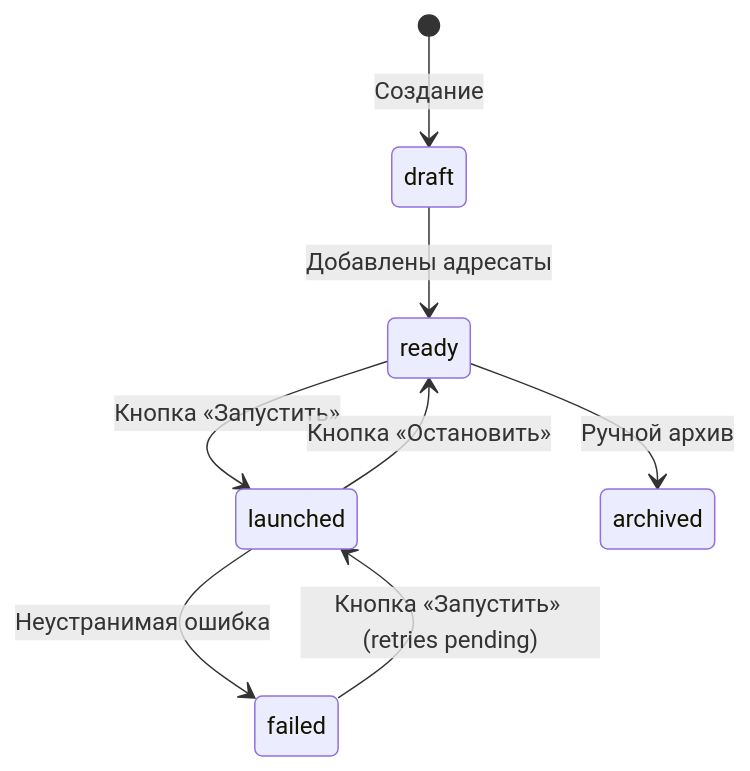
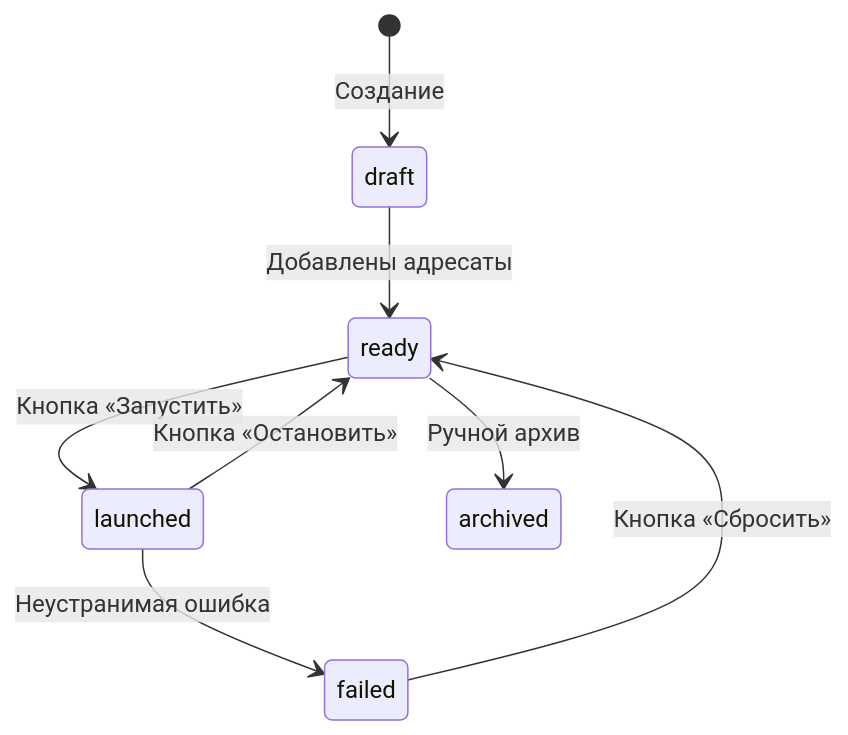
The fourth of 4 diagrams in openspec/design/er.md (AliakseiBurak/crm-b2b-call), drawn with Mermaid before and after one commit. The commit also changed other lines of this file and 2 other files, not shown here.

````diff
--- a/openspec/design/er.md
+++ b/openspec/design/er.md
@@ -262,10 +256,10 @@
 ```mermaid
 stateDiagram-v2
     [*] --> draft: Создание
     draft --> ready: Добавлены адресаты
     ready --> launched: Кнопка «Запустить»
     launched --> failed: Неустранимая ошибка
-    failed --> launched: Кнопка «Запустить» (retries pending)
+    failed --> ready: Кнопка «Сбросить»
     launched --> ready: Кнопка «Остановить»
     ready --> archived: Ручной архив
 ```
````
